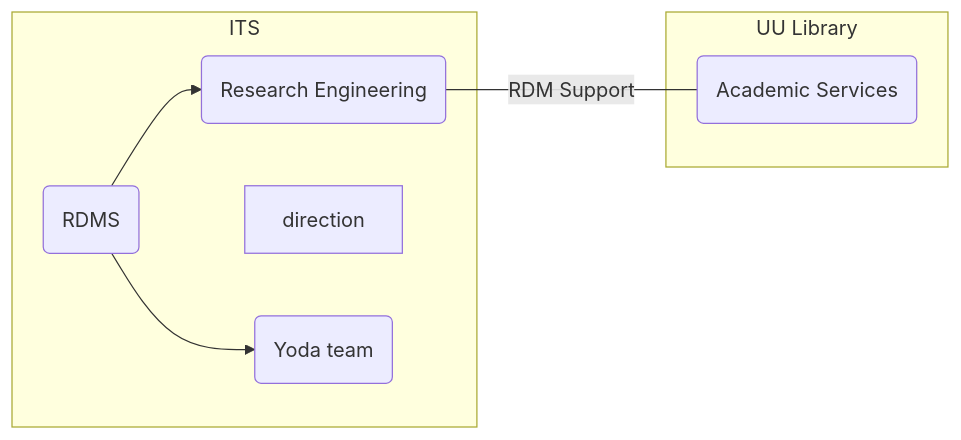
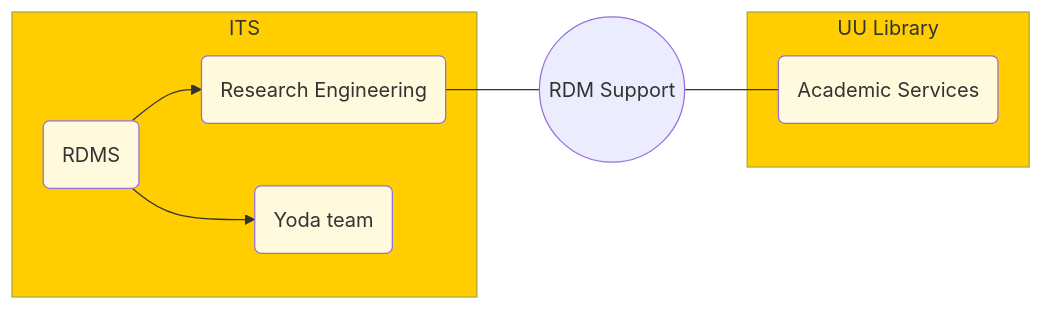
Before and after one commit to UtrechtUniversity/hpc-presentation: the diagram in presentations/hpc.qmd, drawn with Mermaid. The commit also changed other lines of this file and 8 other files, not shown here.

````diff
--- a/presentations/hpc.qmd
+++ b/presentations/hpc.qmd
@@ -26,13 +29,20 @@
 ```{mermaid}
 flowchart LR
-  E ---|RDM Support| A
-  subgraph "UU Library"
+  B((RDM Support))
+  E --- B --- A
+  subgraph UB["UU Library"]
     A(Academic Services)
   end
-  subgraph "ITS"
-    direction 
+  subgraph ITS[ITS]
     C(RDMS)
     C --> D(Yoda team)
     C --> E(Research Engineering)
   end
+
+style UB fill:#FFCD00
+style ITS fill:#FFCD00
+style A fill:#fff9dd
+style C fill:#fff9dd
+style D fill:#fff9dd
+style E fill:#fff9dd
 ```
````
